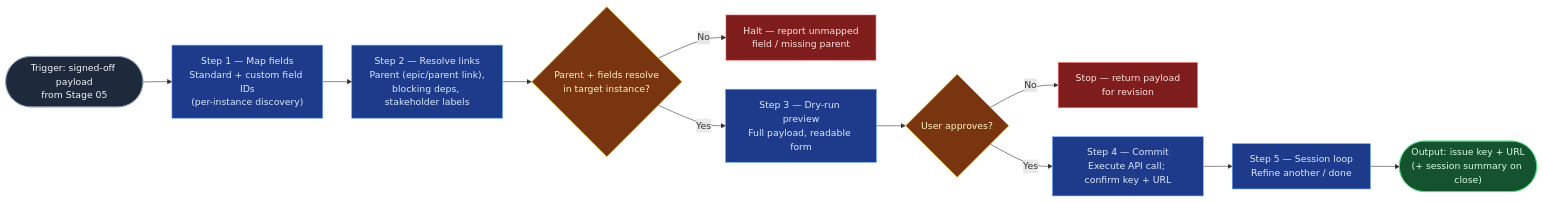
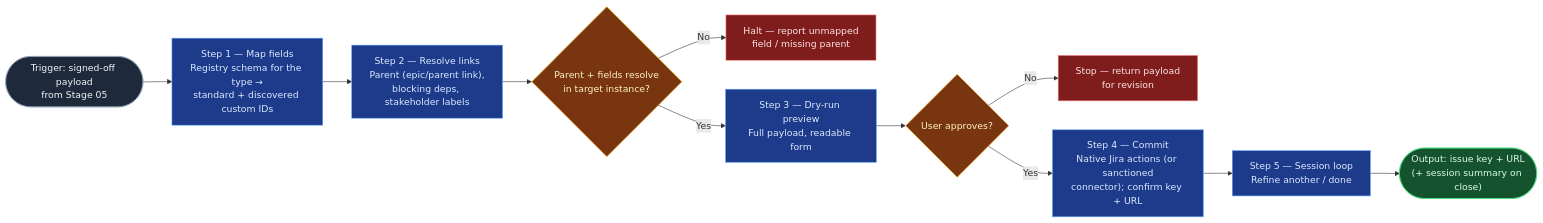
One commit to RafySauce/flow-lab changed the diagram in skill-foundry/backlog-skill-starters/jira-commit/SKILL.md. Above: the diagram before and after it, drawn with Mermaid. The commit also changed other lines of this file and 8 other files, not shown here.

````diff
--- a/skill-foundry/backlog-skill-starters/jira-commit/SKILL.md
+++ b/skill-foundry/backlog-skill-starters/jira-commit/SKILL.md
@@ -38,19 +42,19 @@
 ```mermaid
 flowchart LR
-    Start(["Trigger: signed-off payload<br/>from Stage 05"]):::start --> M["Step 1 — Map fields<br/>Standard + custom field IDs<br/>(per-instance discovery)"]:::process
+    Start(["Trigger: signed-off payload<br/>from Stage 05"]):::start --> M["Step 1 — Map fields<br/>Registry schema for the type →<br/>standard + discovered custom IDs"]:::process
     M --> L["Step 2 — Resolve links<br/>Parent (epic/parent link),<br/>blocking deps, stakeholder labels"]:::process
     L --> P{"Parent + fields resolve<br/>in target instance?"}:::decision
     P -->|No| H["Halt — report unmapped<br/>field / missing parent"]:::halt
     P -->|Yes| DR["Step 3 — Dry-run preview<br/>Full payload, readable form"]:::process
     DR --> A{"User approves?"}:::decision
     A -->|No| H2["Stop — return payload<br/>for revision"]:::halt
-    A -->|Yes| X["Step 4 — Commit<br/>Execute API call; confirm key + URL"]:::process
+    A -->|Yes| X["Step 4 — Commit<br/>Native Jira actions (or sanctioned<br/>connector); confirm key + URL"]:::process
     X --> SL["Step 5 — Session loop<br/>Refine another / done"]:::process
     SL --> Output(["Output: issue key + URL<br/>(+ session summary on close)"]):::output
 
     classDef start fill:#1e293b,stroke:#94a3b8,color:#f1f5f9
     classDef process fill:#1e3a8a,stroke:#60a5fa,color:#dbeafe
     classDef decision fill:#78350f,stroke:#fbbf24,color:#fef3c7
     classDef output fill:#14532d,stroke:#4ade80,color:#dcfce7
     classDef halt fill:#7f1d1d,stroke:#f87171,color:#fee2e2
 ```
````
